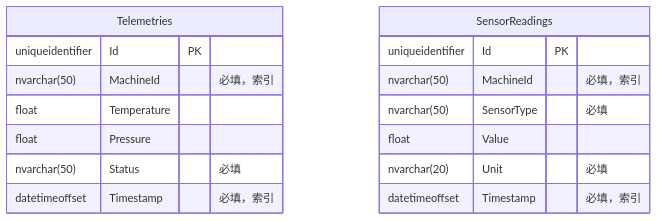
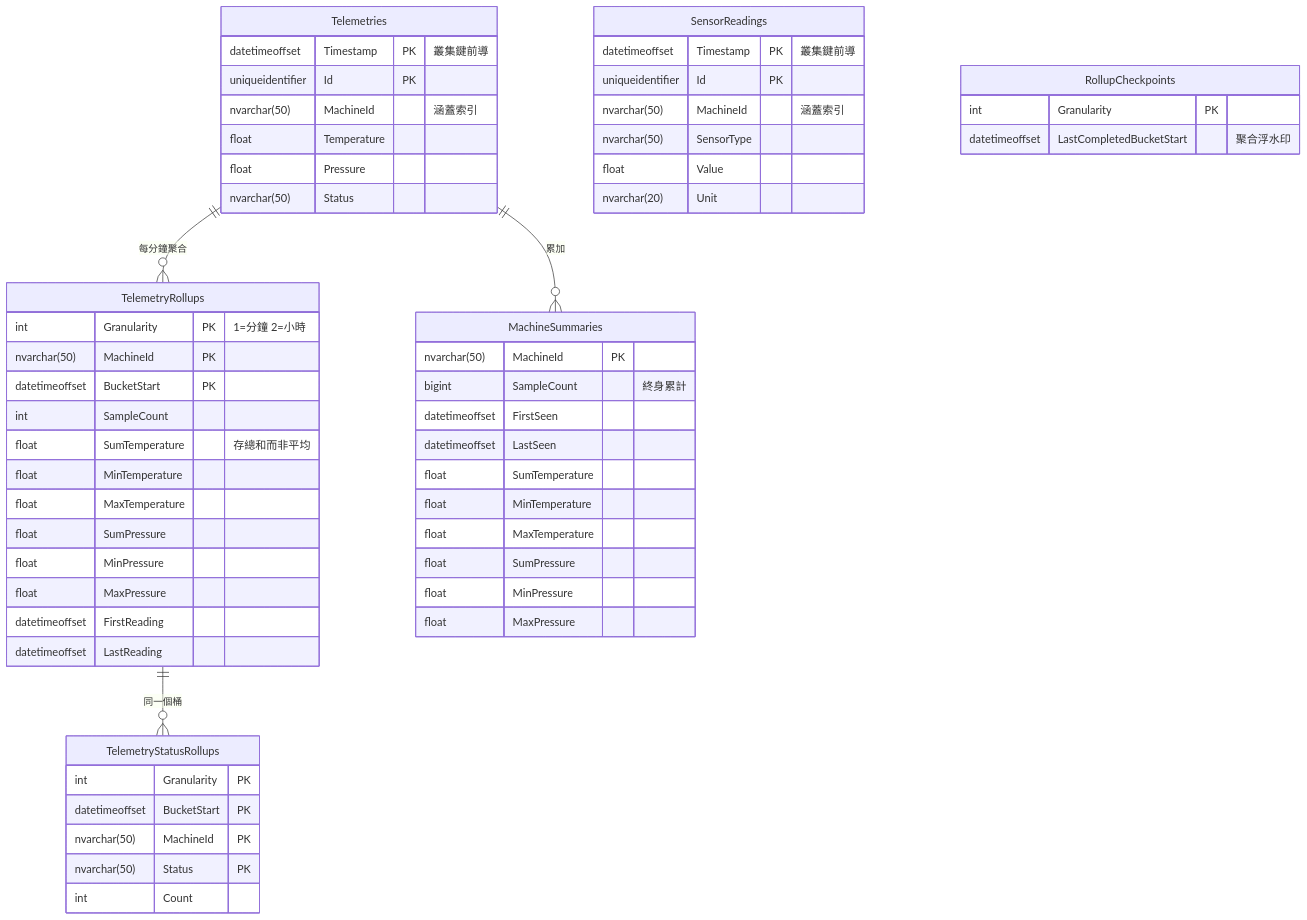
The sixth of 6 diagrams in docs/ARCHITECTURE.md (Jeffrey-Pai/Factory-IoT-Ingestion-System), drawn with Mermaid before and after one commit. The commit also changed other lines of this file and 32 other files, not shown here.

````diff
--- a/docs/ARCHITECTURE.md
+++ b/docs/ARCHITECTURE.md
@@ -244,19 +246,60 @@
 ```mermaid
 erDiagram
     Telemetries {
+        datetimeoffset Timestamp PK "叢集鍵前導"
         uniqueidentifier Id PK
-        nvarchar(50) MachineId "必填，索引"
+        nvarchar(50) MachineId "涵蓋索引"
         float Temperature
         float Pressure
-        nvarchar(50) Status "必填"
-        datetimeoffset Timestamp "必填，索引"
+        nvarchar(50) Status
     }
     SensorReadings {
+        datetimeoffset Timestamp PK "叢集鍵前導"
         uniqueidentifier Id PK
-        nvarchar(50) MachineId "必填，索引"
-        nvarchar(50) SensorType "必填"
+        nvarchar(50) MachineId "涵蓋索引"
+        nvarchar(50) SensorType
         float Value
-        nvarchar(20) Unit "必填"
-        datetimeoffset Timestamp "必填，索引"
+        nvarchar(20) Unit
     }
+    TelemetryRollups {
+        int Granularity PK "1=分鐘 2=小時"
+        nvarchar(50) MachineId PK
+        datetimeoffset BucketStart PK
+        int SampleCount
+        float SumTemperature "存總和而非平均"
+        float MinTemperature
+        float MaxTemperature
+        float SumPressure
+        float MinPressure
+        float MaxPressure
+        datetimeoffset FirstReading
+        datetimeoffset LastReading
+    }
+    TelemetryStatusRollups {
+        int Granularity PK
+        datetimeoffset BucketStart PK
+        nvarchar(50) MachineId PK
+        nvarchar(50) Status PK
+        int Count
+    }
+    MachineSummaries {
+        nvarchar(50) MachineId PK
+        bigint SampleCount "終身累計"
+        datetimeoffset FirstSeen
+        datetimeoffset LastSeen
+        float SumTemperature
+        float MinTemperature
+        float MaxTemperature
+        float SumPressure
+        float MinPressure
+        float MaxPressure
+    }
+    RollupCheckpoints {
+        int Granularity PK
+        datetimeoffset LastCompletedBucketStart "聚合浮水印"
+    }
+
+    Telemetries ||--o{ TelemetryRollups : "每分鐘聚合"
+    TelemetryRollups ||--o{ TelemetryStatusRollups : "同一個桶"
+    Telemetries ||--o{ MachineSummaries : "累加"
 ```
````
